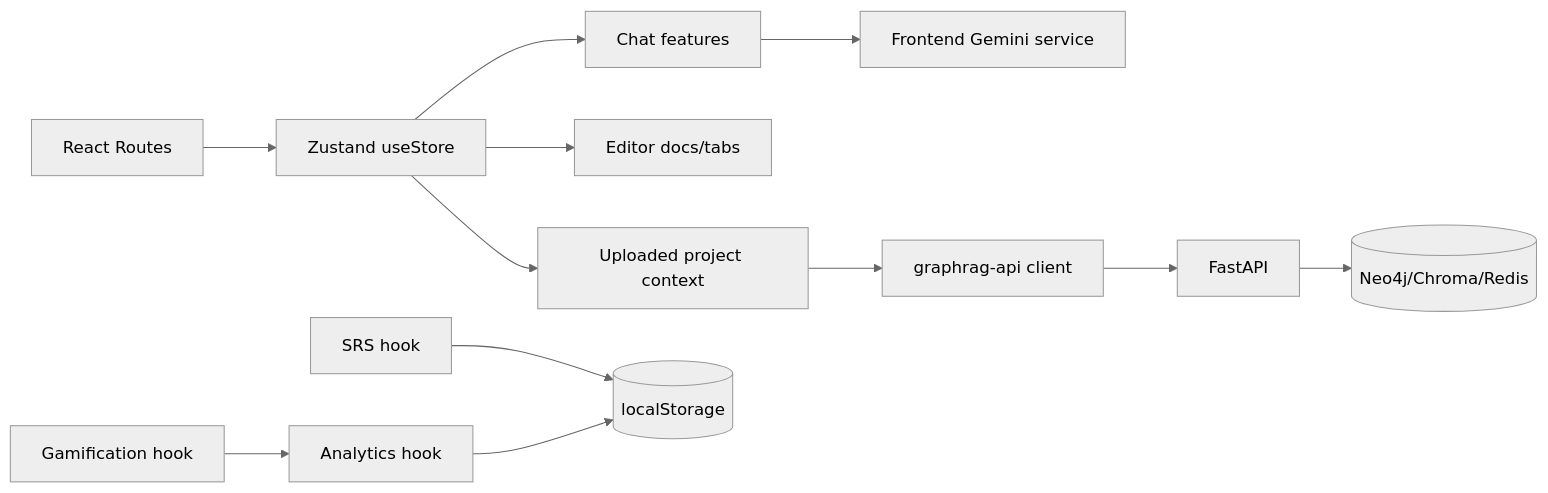
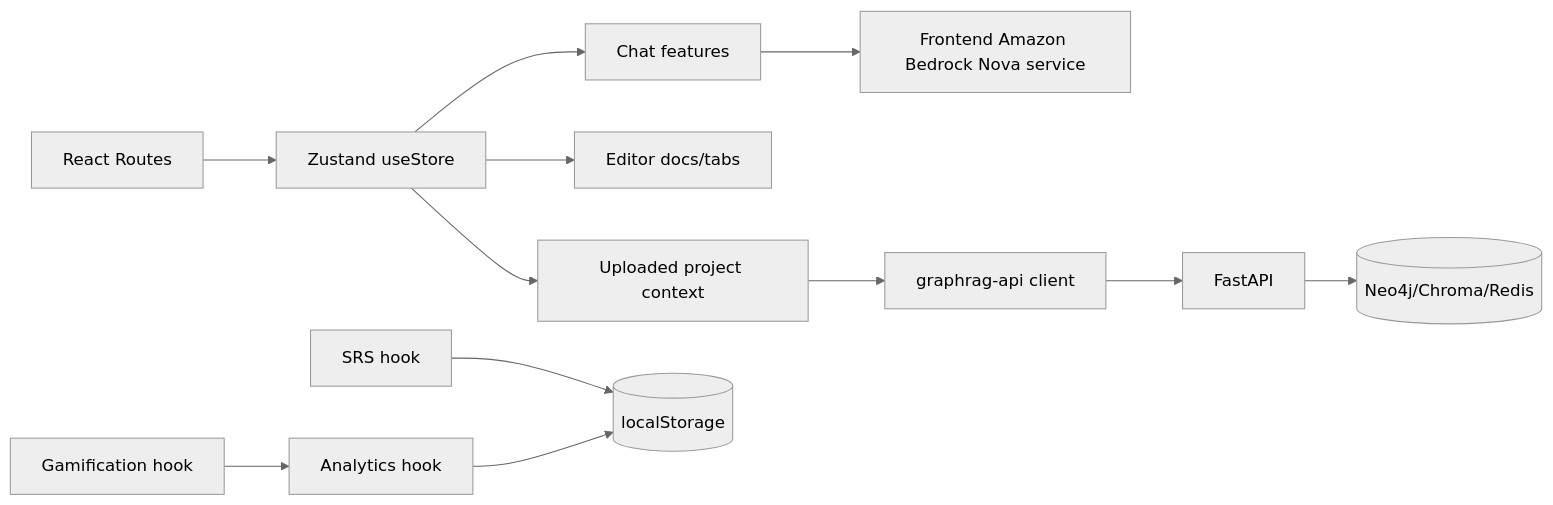
Before and after one commit to Ishan-K9868/socraticDev-final: the seventh of 7 diagrams in README.md, drawn with Mermaid (neutral theme). The commit also changed other lines of this file, not shown here.

````diff
--- a/README.md
+++ b/README.md
@@ -773,14 +773,14 @@
 ```mermaid
 flowchart LR
     UI[React Routes] --> STORE[Zustand useStore]
     STORE --> CHAT[Chat features]
     STORE --> EDITOR[Editor docs/tabs]
     STORE --> PROJECT[Uploaded project context]
-    CHAT --> GEMINI[Frontend Gemini service]
+    CHAT --> NOVA[Frontend Amazon Bedrock Nova service]
     PROJECT --> API[graphrag-api client]
     API --> BACKEND[FastAPI]
     BACKEND --> DB[(Neo4j/Chroma/Redis)]
     SRS[SRS hook] --> LS[(localStorage)]
     ANALYTICS[Analytics hook] --> LS
     GAMI[Gamification hook] --> ANALYTICS
 ```
````
